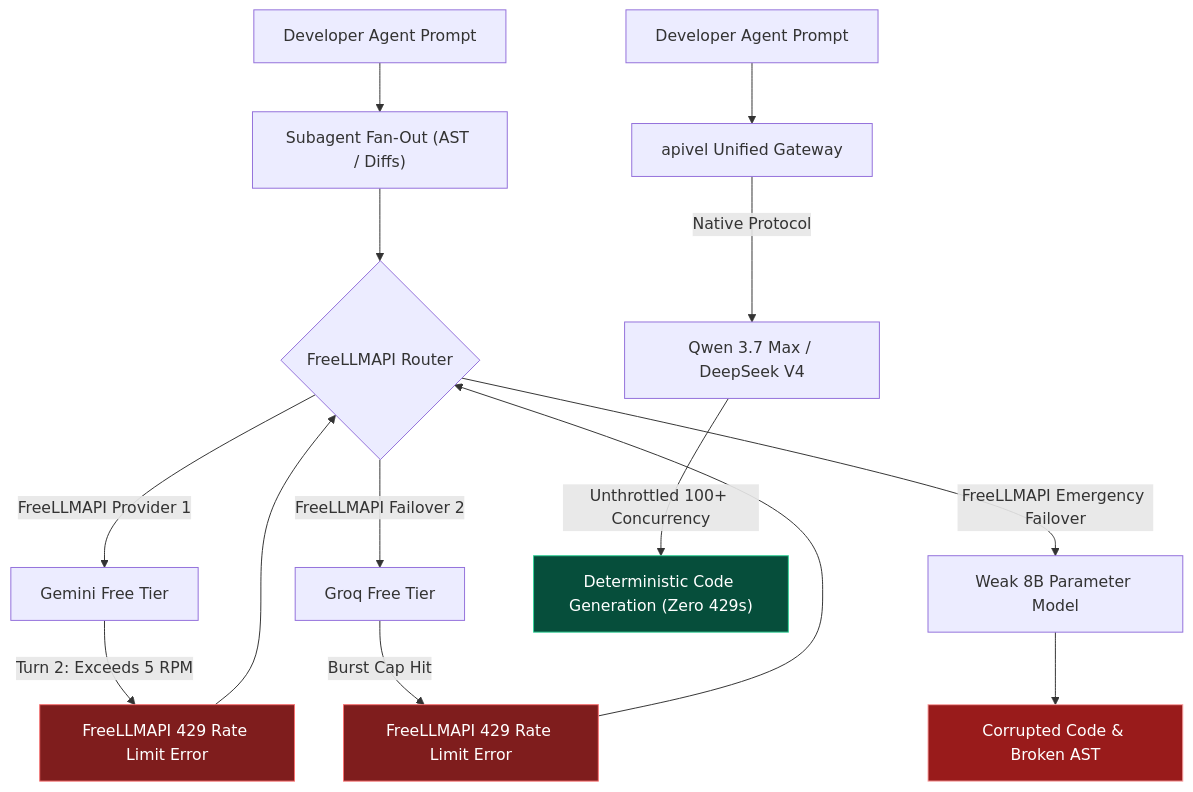
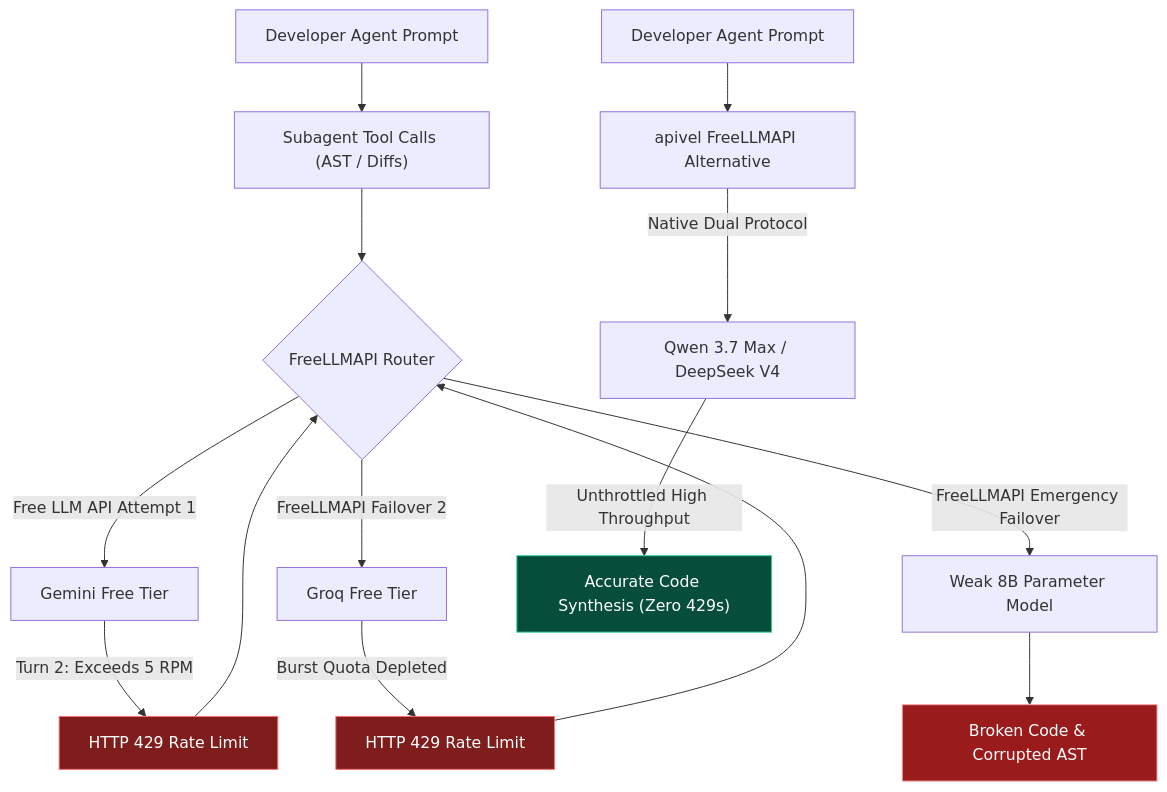
Before and after one commit to bshx2024/apivel_blog: the diagram in src/content/blog/freellmapi-claude-code-review-alternatives.md, drawn with Mermaid. The commit also changed other lines of this file and 1 other file, not shown here.

Commit message:
fix(seo): crown FreeLLMAPI Review and Free LLM API as dominant ngrams, eliminate api key noise

````diff
--- a/src/content/blog/freellmapi-claude-code-review-alternatives.md
+++ b/src/content/blog/freellmapi-claude-code-review-alternatives.md
@@ -83,22 +83,22 @@
 ```mermaid
 graph TD
-    A["Developer Agent Prompt"] --> B["Subagent Fan-Out (AST / Diffs)"]
+    A["Developer Agent Prompt"] --> B["Subagent Tool Calls (AST / Diffs)"]
     B --> C{"FreeLLMAPI Router"}
-    C -->|"FreeLLMAPI Provider 1"| D["Gemini Free Tier"]
-    D -->|"Turn 2: Exceeds 5 RPM"| E["FreeLLMAPI 429 Rate Limit Error"]
+    C -->|"Free LLM API Attempt 1"| D["Gemini Free Tier"]
+    D -->|"Turn 2: Exceeds 5 RPM"| E["HTTP 429 Rate Limit"]
     E --> C
     C -->|"FreeLLMAPI Failover 2"| F["Groq Free Tier"]
-    F -->|"Burst Cap Hit"| G["FreeLLMAPI 429 Rate Limit Error"]
+    F -->|"Burst Quota Depleted"| G["HTTP 429 Rate Limit"]
     G --> C
     C -->|"FreeLLMAPI Emergency Failover"| H["Weak 8B Parameter Model"]
-    H --> I["Corrupted Code & Broken AST"]
+    H --> I["Broken Code & Corrupted AST"]
 
-    J["Developer Agent Prompt"] --> K["apivel Unified Gateway"]
-    K -->|"Native Protocol"| L["Qwen 3.7 Max / DeepSeek V4"]
-    L -->|"Unthrottled 100+ Concurrency"| M["Deterministic Code Generation (Zero 429s)"]
+    J["Developer Agent Prompt"] --> K["apivel FreeLLMAPI Alternative"]
+    K -->|"Native Dual Protocol"| L["Qwen 3.7 Max / DeepSeek V4"]
+    L -->|"Unthrottled High Throughput"| M["Accurate Code Synthesis (Zero 429s)"]
 
     style E fill:#7f1d1d,stroke:#f87171,color:#fff
     style G fill:#7f1d1d,stroke:#f87171,color:#fff
     style I fill:#991b1b,stroke:#fca5a5,color:#fff
     style M fill:#064e3b,stroke:#34d399,color:#fff
 ```
````
